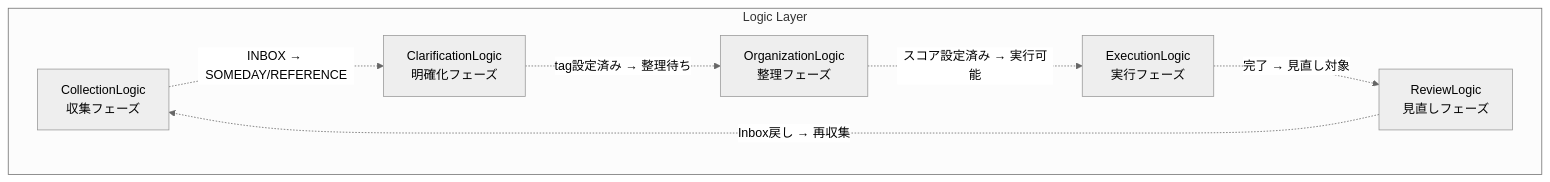
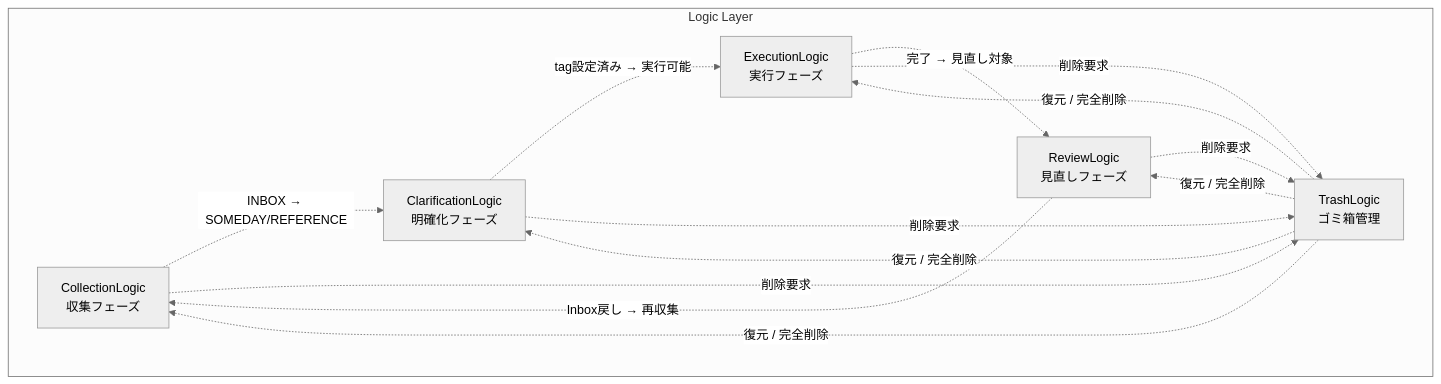
One commit to teppei19980914/Defrago changed the fifth of 7 diagrams in docs/design/architecture.md. Above: the diagram before and after it, drawn with Mermaid (neutral theme). The commit also changed other lines of this file and 5 other files, not shown here.

````diff
--- a/docs/design/architecture.md
+++ b/docs/design/architecture.md
@@ -353,16 +362,17 @@
 ```mermaid
 graph TB
     subgraph "Logic Layer"
         CL["CollectionLogic<br/>収集フェーズ"]
         CLR["ClarificationLogic<br/>明確化フェーズ"]
-        OL["OrganizationLogic<br/>整理フェーズ"]
         EL["ExecutionLogic<br/>実行フェーズ"]
         RL["ReviewLogic<br/>見直しフェーズ"]
+        TL["TrashLogic<br/>ゴミ箱管理"]
     end
 
     CL -.->|"INBOX → SOMEDAY/REFERENCE"| CLR
-    CLR -.->|"tag設定済み → 整理待ち"| OL
-    OL -.->|"スコア設定済み → 実行可能"| EL
+    CLR -.->|"tag設定済み → 実行可能"| EL
     EL -.->|"完了 → 見直し対象"| RL
     RL -.->|"Inbox戻し → 再収集"| CL
+    CL & CLR & EL & RL -.->|"削除要求"| TL
+    TL -.->|"復元 / 完全削除"| CL & CLR & EL & RL
 ```
````
